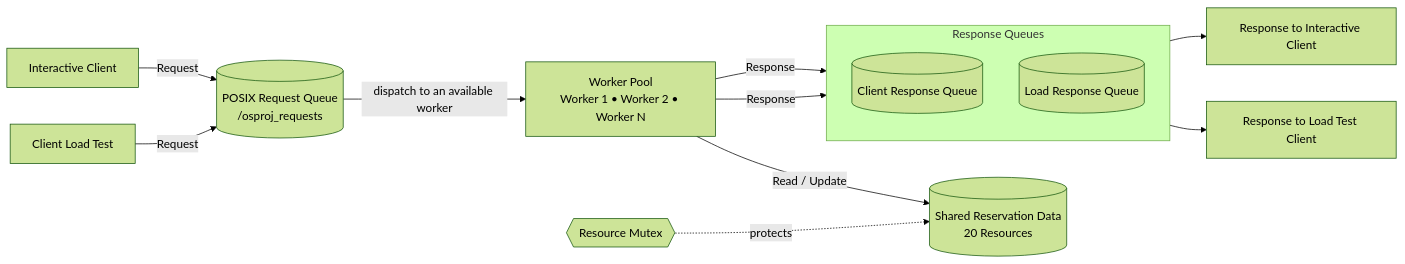
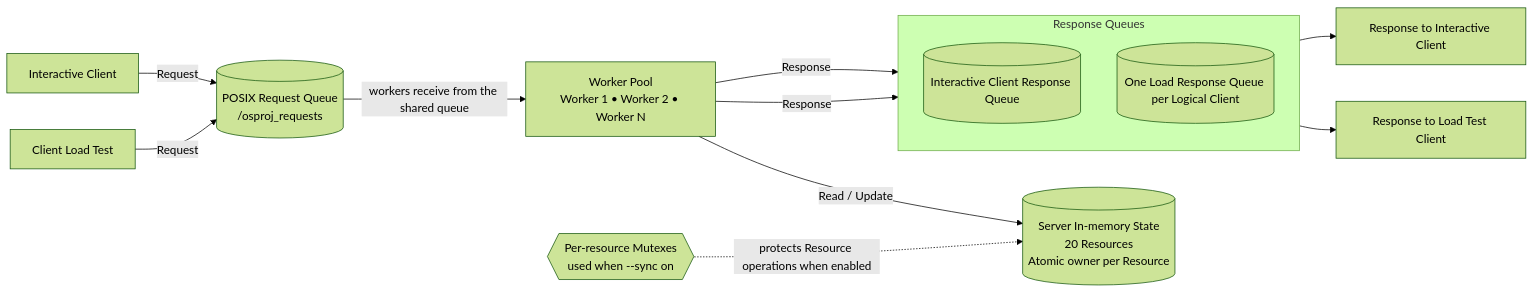
The first of 2 diagrams in docs/architecture.md (Lxwkxy/cinema-seat-reservation), drawn with Mermaid (forest theme) before and after one commit. The commit also changed other lines of this file and 18 other files, not shown here.

Commit message:
Document reservation architecture and experiments

````diff
--- a/docs/architecture.md
+++ b/docs/architecture.md
@@ -21,28 +21,28 @@
 ```mermaid
 flowchart LR
     C1[Interactive Client]
     C2[Client Load Test]
     R[(POSIX Request Queue<br/>/osproj_requests)]
     W[Worker Pool<br/>Worker 1 • Worker 2 • Worker N]
-    D[(Shared Reservation Data<br/>20 Resources)]
-    M{{Resource Mutex}}
+    D[(Server In-memory State<br/>20 Resources<br/>Atomic owner per Resource)]
+    M{{Per-resource Mutexes<br/>used when --sync on}}
 
     subgraph RESPONSES[Response Queues]
         direction TB
-        Q1[(Client Response Queue)]
-        Q2[(Load Response Queue)]
+        Q1[(Interactive Client Response Queue)]
+        Q2[(One Load Response Queue per Logical Client)]
     end
 
     O1[Response to Interactive Client]
     O2[Response to Load Test Client]
 
     C1 -->|Request| R
     C2 -->|Request| R
-    R -->|dispatch to an available worker| W
+    R -->|workers receive from the shared queue| W
     W -->|Read / Update| D
-    M -. protects .-> D
+    M -. protects Resource operations when enabled .-> D
     W -->|Response| Q1
     W -->|Response| Q2
     Q1 --> O1
     Q2 --> O2
 ```
````
